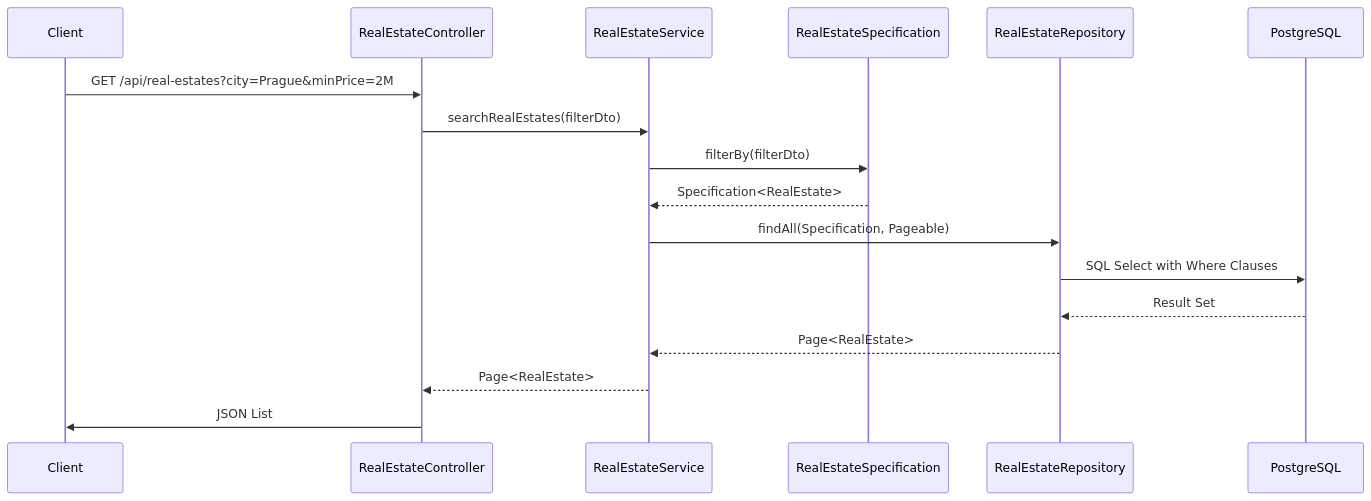
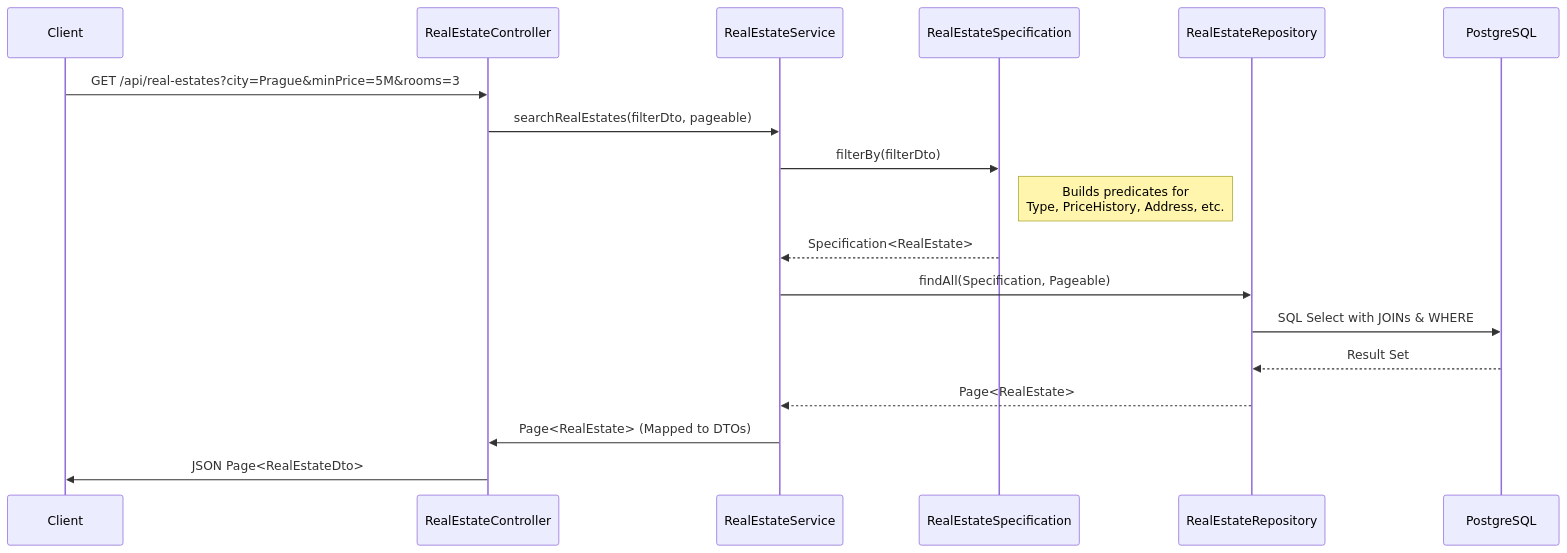
The fifth of 7 diagrams in doc/Architecture_and_Design.md (Majkle/NNPRO-REMAX-BE), drawn with Mermaid before and after one commit. The commit also changed other lines of this file, not shown here.

````diff
--- a/doc/Architecture_and_Design.md
+++ b/doc/Architecture_and_Design.md
@@ -170,20 +210,21 @@
 ```mermaid
 sequenceDiagram
     participant Client
     participant Controller as RealEstateController
     participant Service as RealEstateService
     participant Spec as RealEstateSpecification
     participant Repo as RealEstateRepository
     participant DB as PostgreSQL
 
-    Client->>Controller: GET /api/real-estates?city=Prague&minPrice=2M
-    Controller->>Service: searchRealEstates(filterDto)
+    Client->>Controller: GET /api/real-estates?city=Prague&minPrice=5M&rooms=3
+    Controller->>Service: searchRealEstates(filterDto, pageable)
     Service->>Spec: filterBy(filterDto)
+    Note right of Spec: Builds predicates for<br/>Type, PriceHistory, Address, etc.
     Spec-->>Service: Specification<RealEstate>
     Service->>Repo: findAll(Specification, Pageable)
-    Repo->>DB: SQL Select with Where Clauses
+    Repo->>DB: SQL Select with JOINs & WHERE
     DB-->>Repo: Result Set
     Repo-->>Service: Page<RealEstate>
-    Service-->>Controller: Page<RealEstate>
-    Controller->>Client: JSON List
+    Service->>Controller: Page<RealEstate> (Mapped to DTOs)
+    Controller->>Client: JSON Page<RealEstateDto>
 ```
````
